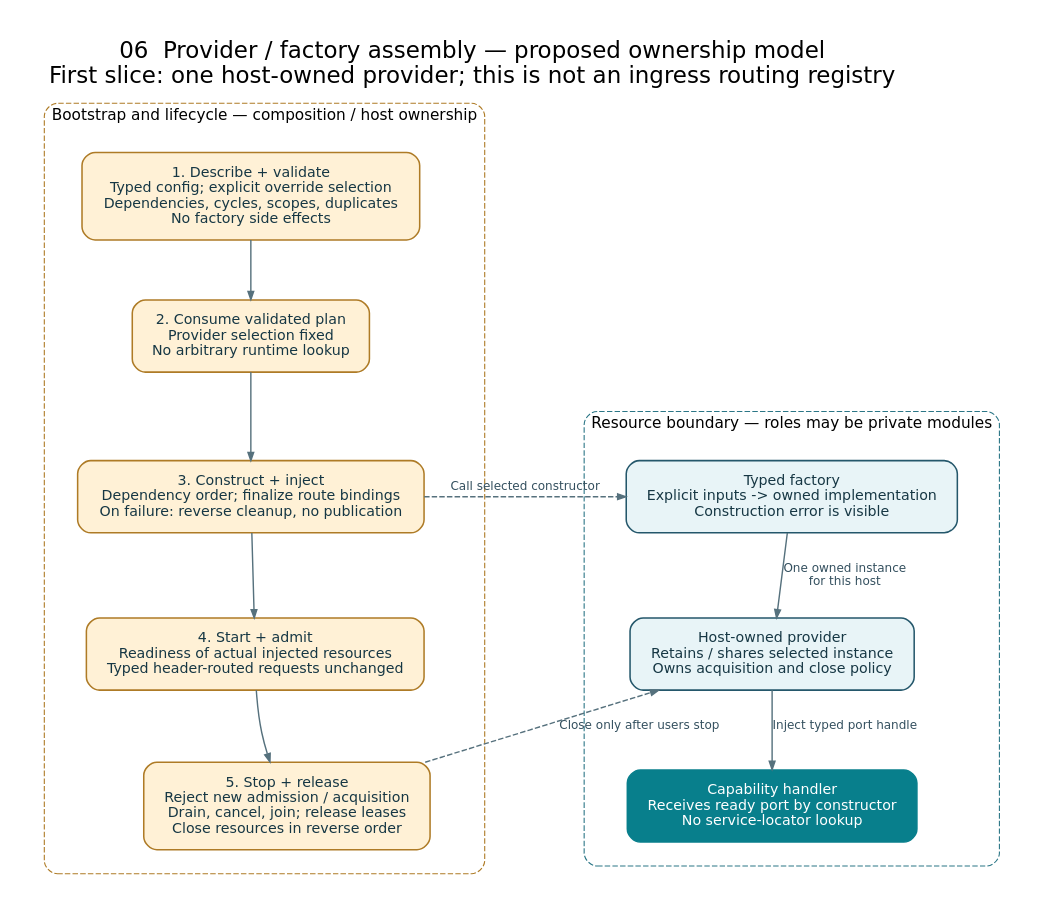
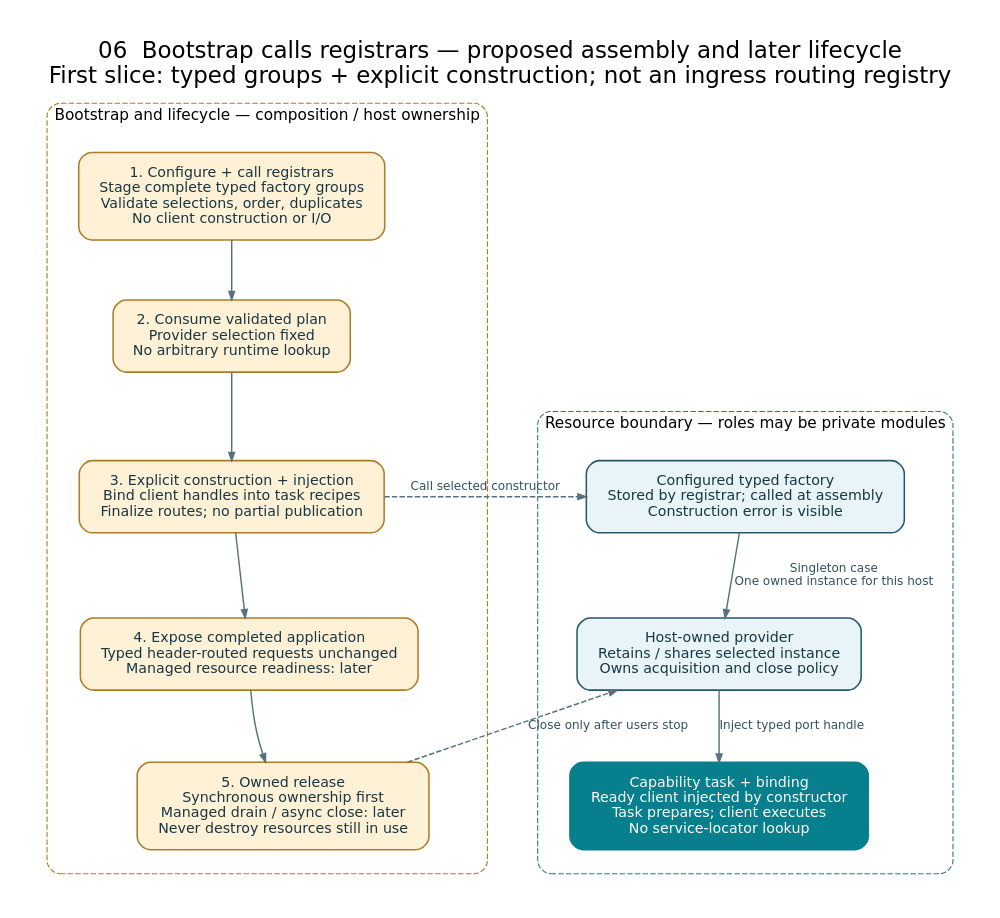
Before and after one commit to roachmaster/homelab: the diagram in docs/architecture/diagrams/06-provider-assembly.dot, drawn with Graphviz. The commit also changed 19 other files, not shown here.

Commit message:
Define typed bootstrap registrars and next core assembly plan

```diff
--- a/docs/architecture/diagrams/06-provider-assembly.dot
+++ b/docs/architecture/diagrams/06-provider-assembly.dot
@@ -1,26 +1,26 @@
 digraph ProviderAssembly {
 graph [fontname="DejaVu Sans", fontsize=21, labelloc=t, labeljust=l, pad=0.35, nodesep=0.65, ranksep=0.75, bgcolor="white"];
 node [shape=box, style="rounded,filled", fontname="DejaVu Sans", fontsize=13, margin="0.22,0.16", color="#24576b", fillcolor="#e8f4f7", fontcolor="#163744", penwidth=1.4];
 edge [fontname="DejaVu Sans", fontsize=11, color="#56717d", fontcolor="#34505f", penwidth=1.3, arrowsize=0.75];
-newrank=true; rankdir=TB; label="06  Provider / factory assembly — proposed ownership model\nFirst slice: one host-owned provider; this is not an ingress routing registry";
+newrank=true; rankdir=TB; label="06  Bootstrap calls registrars — proposed assembly and later lifecycle\nFirst slice: typed groups + explicit construction; not an ingress routing registry";
 subgraph cluster_plan { label="Bootstrap and lifecycle — composition / host ownership"; fontname="DejaVu Sans"; fontsize=14; color="#ae7b26"; style="rounded,dashed"; margin=22;
-validate [label="1. Describe + validate\nTyped config; explicit override selection\nDependencies, cycles, scopes, duplicates\nNo factory side effects", fillcolor="#fff1d6", color="#ae7b26"];
+validate [label="1. Configure + call registrars\nStage complete typed factory groups\nValidate selections, order, duplicates\nNo client construction or I/O", fillcolor="#fff1d6", color="#ae7b26"];
 freeze [label="2. Consume validated plan\nProvider selection fixed\nNo arbitrary runtime lookup", fillcolor="#fff1d6", color="#ae7b26"];
-build [label="3. Construct + inject\nDependency order; finalize route bindings\nOn failure: reverse cleanup, no publication", fillcolor="#fff1d6", color="#ae7b26"];
-ready [label="4. Start + admit\nReadiness of actual injected resources\nTyped header-routed requests unchanged", fillcolor="#fff1d6", color="#ae7b26"];
-stop [label="5. Stop + release\nReject new admission / acquisition\nDrain, cancel, join; release leases\nClose resources in reverse order", fillcolor="#fff1d6", color="#ae7b26"];
+build [label="3. Explicit construction + injection\nBind client handles into task recipes\nFinalize routes; no partial publication", fillcolor="#fff1d6", color="#ae7b26"];
+ready [label="4. Expose completed application\nTyped header-routed requests unchanged\nManaged resource readiness: later", fillcolor="#fff1d6", color="#ae7b26"];
+stop [label="5. Owned release\nSynchronous ownership first\nManaged drain / async close: later\nNever destroy resources still in use", fillcolor="#fff1d6", color="#ae7b26"];
 validate -> freeze -> build -> ready -> stop;
 }
 subgraph cluster_roles { label="Resource boundary — roles may be private modules"; fontname="DejaVu Sans"; fontsize=14; color="#2b7686"; style="rounded,dashed"; margin=22;
-factory [label="Typed factory\nExplicit inputs -> owned implementation\nConstruction error is visible"];
+factory [label="Configured typed factory\nStored by registrar; called at assembly\nConstruction error is visible"];
 provider [label="Host-owned provider\nRetains / shares selected instance\nOwns acquisition and close policy"];
-handler [label="Capability handler\nReceives ready port by constructor\nNo service-locator lookup", fillcolor="#087f8c", color="#087f8c", fontcolor="white"];
-factory -> provider [label="One owned instance\nfor this host"];
+handler [label="Capability task + binding\nReady client injected by constructor\nTask prepares; client executes\nNo service-locator lookup", fillcolor="#087f8c", color="#087f8c", fontcolor="white"];
+factory -> provider [label="Singleton case\nOne owned instance for this host"];
 provider -> handler [label="Inject typed port handle"];
 }
 build -> factory [label="Call selected constructor", style=dashed];
 stop -> provider [label="Close only after users stop", style=dashed];
 {rank=same; build; factory;}
 {rank=same; ready; provider;}
 {rank=same; stop; handler;}
 }
```
